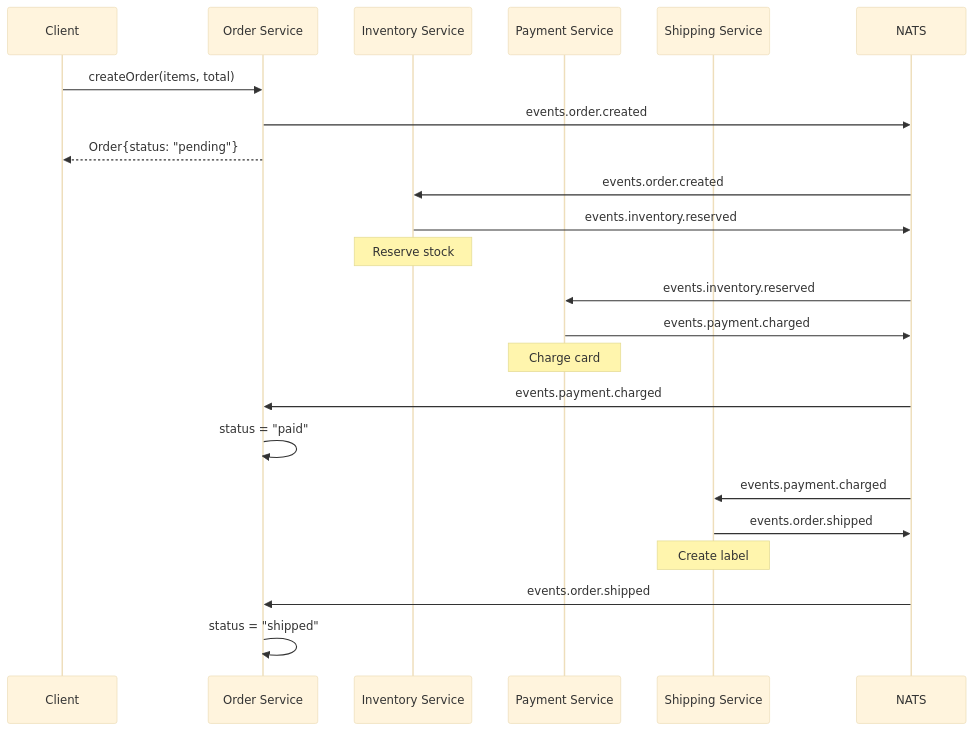
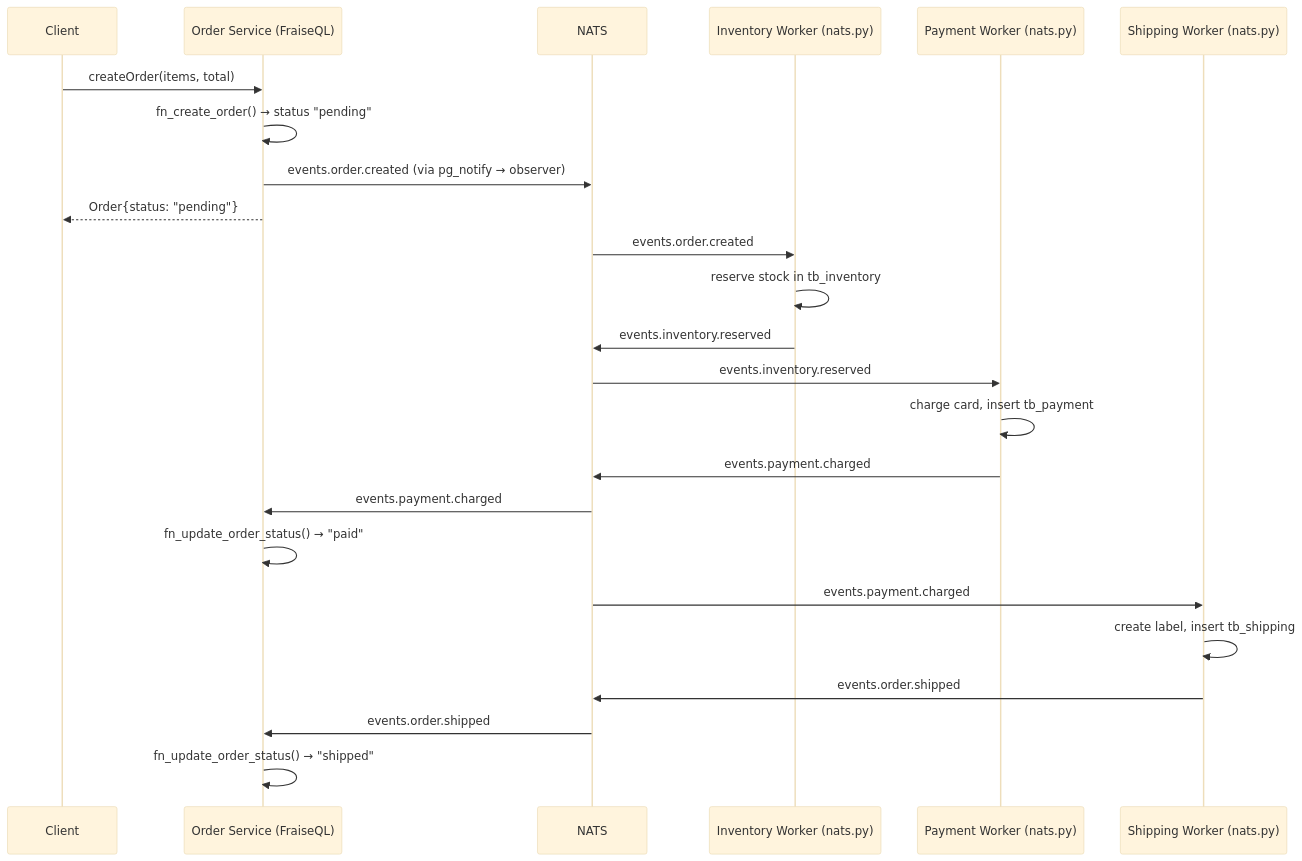
One commit to fraiseql/fraiseql-docs changed the diagram in src/content/docs/examples/microservices-choreography.mdx. Above: the diagram before and after it, drawn with Mermaid (base theme). The commit also changed other lines of this file and 122 other files, not shown here.

````diff
--- a/src/content/docs/examples/microservices-choreography.mdx
+++ b/src/content/docs/examples/microservices-choreography.mdx
@@ -28,31 +39,32 @@
 ```mermaid
 sequenceDiagram
     participant C as Client
-    participant OS as Order Service
-    participant INV as Inventory Service
-    participant PAY as Payment Service
-    participant SHP as Shipping Service
+    participant OS as Order Service (FraiseQL)
     participant N as NATS
+    participant INV as Inventory Worker (nats.py)
+    participant PAY as Payment Worker (nats.py)
+    participant SHP as Shipping Worker (nats.py)
 
     C->>OS: createOrder(items, total)
-    OS->>N: events.order.created
+    OS->>OS: fn_create_order() → status "pending"
+    OS->>N: events.order.created (via pg_notify → observer)
     OS-->>C: Order{status: "pending"}
 
     N->>INV: events.order.created
+    INV->>INV: reserve stock in tb_inventory
     INV->>N: events.inventory.reserved
-    Note over INV: Reserve stock
 
     N->>PAY: events.inventory.reserved
+    PAY->>PAY: charge card, insert tb_payment
     PAY->>N: events.payment.charged
-    Note over PAY: Charge card
 
     N->>OS: events.payment.charged
-    OS->>OS: status = "paid"
+    OS->>OS: fn_update_order_status() → "paid"
 
     N->>SHP: events.payment.charged
+    SHP->>SHP: create label, insert tb_shipping
     SHP->>N: events.order.shipped
-    Note over SHP: Create label
 
     N->>OS: events.order.shipped
-    OS->>OS: status = "shipped"
+    OS->>OS: fn_update_order_status() → "shipped"
 ```
````
